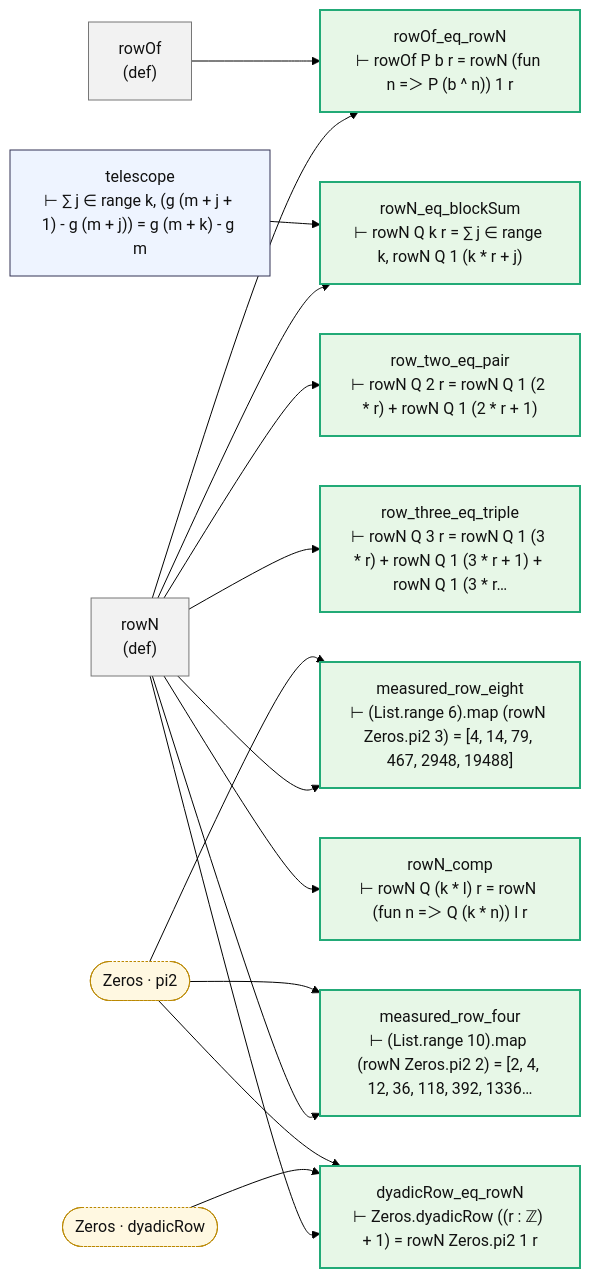
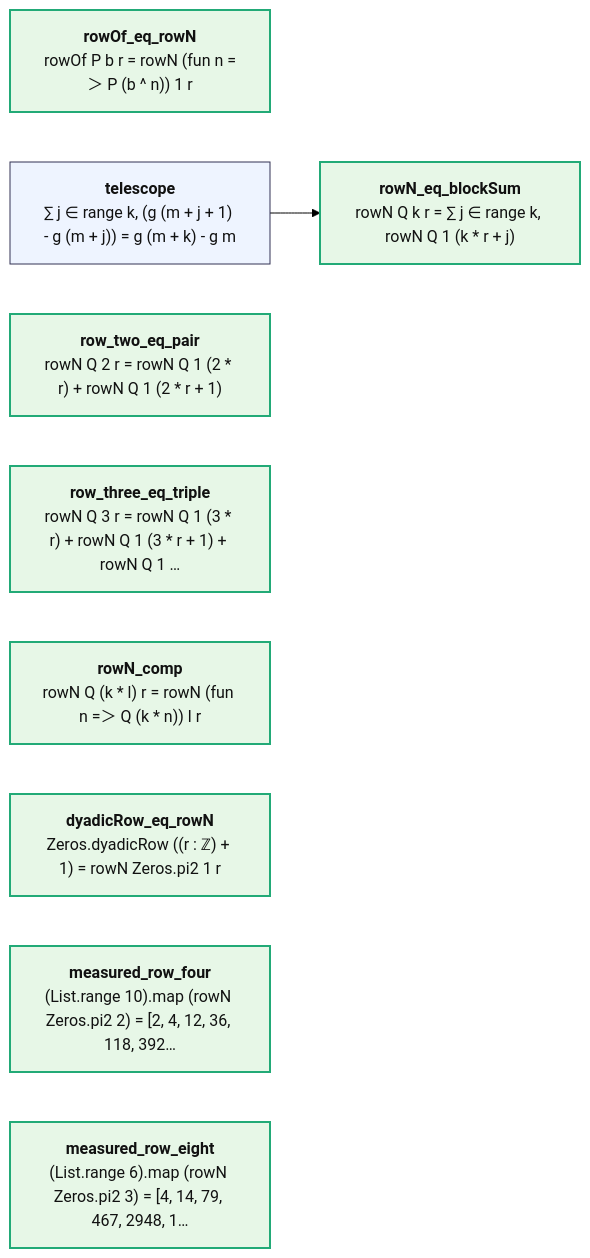
One commit to juliansambranojr/Primebeat_081426 changed the diagram in map/lean/Isogeny.md. Above: the diagram before and after it, drawn with Mermaid (forest theme). The commit also changed other lines of this file and 387 other files, not shown here.

````diff
--- a/map/lean/Isogeny.md
+++ b/map/lean/Isogeny.md
@@ -8,36 +12,18 @@
 ```mermaid
 flowchart LR
-  n0["rowN<br/>(def)"]:::dfn
-  n1["rowOf<br/>(def)"]:::dfn
-  n2["rowOf_eq_rowN<br/>⊢ rowOf P b r = rowN (fun n =＞ P (b ^ n)) 1 r"]:::end_
-  n3["telescope<br/>⊢ ∑ j ∈ range k, (g (m + j + 1) - g (m + j)) = g (m + k) - g m"]:::thm
-  n4["rowN_eq_blockSum<br/>⊢ rowN Q k r = ∑ j ∈ range k, rowN Q 1 (k * r + j)"]:::end_
-  n5["row_two_eq_pair<br/>⊢ rowN Q 2 r = rowN Q 1 (2 * r) + rowN Q 1 (2 * r + 1)"]:::end_
-  n6["row_three_eq_triple<br/>⊢ rowN Q 3 r = rowN Q 1 (3 * r) + rowN Q 1 (3 * r + 1) + rowN Q 1 (3 * r…"]:::end_
-  n7["rowN_comp<br/>⊢ rowN Q (k * l) r = rowN (fun n =＞ Q (k * n)) l r"]:::end_
-  n8["dyadicRow_eq_rowN<br/>⊢ Zeros.dyadicRow ((r : ℤ) + 1) = rowN Zeros.pi2 1 r"]:::end_
-  n9["measured_row_four<br/>⊢ (List.range 10).map (rowN Zeros.pi2 2) = [2, 4, 12, 36, 118, 392, 1336…"]:::end_
-  n10["measured_row_eight<br/>⊢ (List.range 6).map (rowN Zeros.pi2 3) = [4, 14, 79, 467, 2948, 19488]"]:::end_
-  x0(["Zeros · dyadicRow"]):::ext
-  x1(["Zeros · pi2"]):::ext
-  n0 --> n10
-  n0 --> n2
-  n0 --> n4
-  n0 --> n5
-  n0 --> n6
-  n0 --> n7
-  n0 --> n8
-  n0 --> n9
+  n0["<b>rowOf_eq_rowN</b><br/>rowOf P b r = rowN (fun n =＞ P (b ^ n)) 1 r"]:::end_
+  n1["<b>telescope</b><br/>∑ j ∈ range k, (g (m + j + 1) - g (m + j)) = g (m + k) - g m"]:::thm
+  n2["<b>rowN_eq_blockSum</b><br/>rowN Q k r = ∑ j ∈ range k, rowN Q 1 (k * r + j)"]:::end_
+  n3["<b>row_two_eq_pair</b><br/>rowN Q 2 r = rowN Q 1 (2 * r) + rowN Q 1 (2 * r + 1)"]:::end_
+  n4["<b>row_three_eq_triple</b><br/>rowN Q 3 r = rowN Q 1 (3 * r) + rowN Q 1 (3 * r + 1) + rowN Q 1 …"]:::end_
+  n5["<b>rowN_comp</b><br/>rowN Q (k * l) r = rowN (fun n =＞ Q (k * n)) l r"]:::end_
+  n6["<b>dyadicRow_eq_rowN</b><br/>Zeros.dyadicRow ((r : ℤ) + 1) = rowN Zeros.pi2 1 r"]:::end_
+  n7["<b>measured_row_four</b><br/>(List.range 10).map (rowN Zeros.pi2 2) = [2, 4, 12, 36, 118, 392…"]:::end_
+  n8["<b>measured_row_eight</b><br/>(List.range 6).map (rowN Zeros.pi2 3) = [4, 14, 79, 467, 2948, 1…"]:::end_
   n1 --> n2
-  n3 --> n4
-  x0 --> n8
-  x1 --> n10
-  x1 --> n8
-  x1 --> n9
   classDef thm fill:#eef4ff,stroke:#335,color:#111
-  classDef dfn fill:#f2f2f2,stroke:#777,color:#111
   classDef end_ fill:#e7f7e7,stroke:#2a7,color:#111,stroke-width:2px
   classDef lone fill:#fff,stroke:#999,color:#111,stroke-dasharray:4 3
   classDef bad fill:#ffe5e5,stroke:#c22,color:#111,stroke-width:2px
-  classDef ext fill:#fff8e1,stroke:#b80,color:#111,stroke-dasharray:2 2
+  classDef ext fill:#fff8e1,stroke:#b80,color:#111
 ```
````
